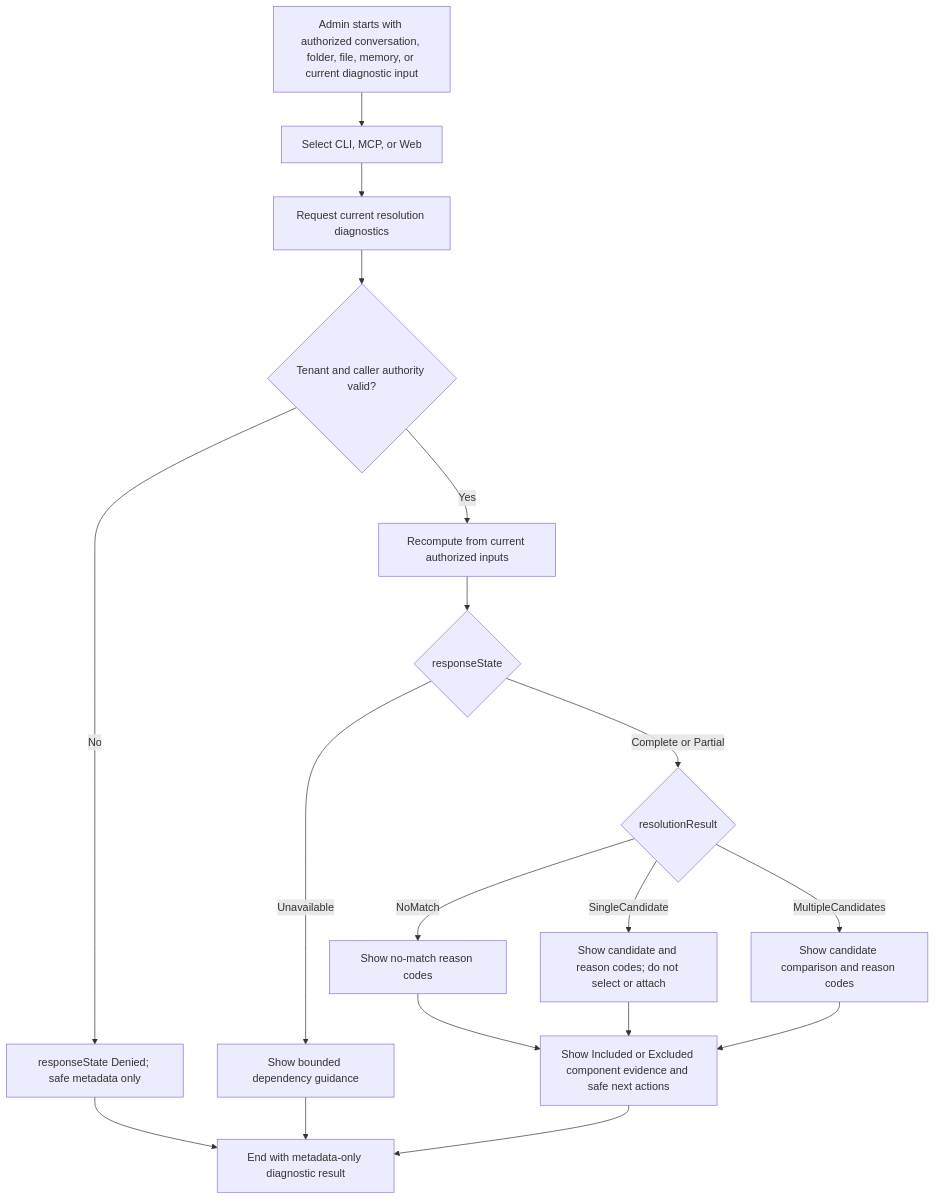
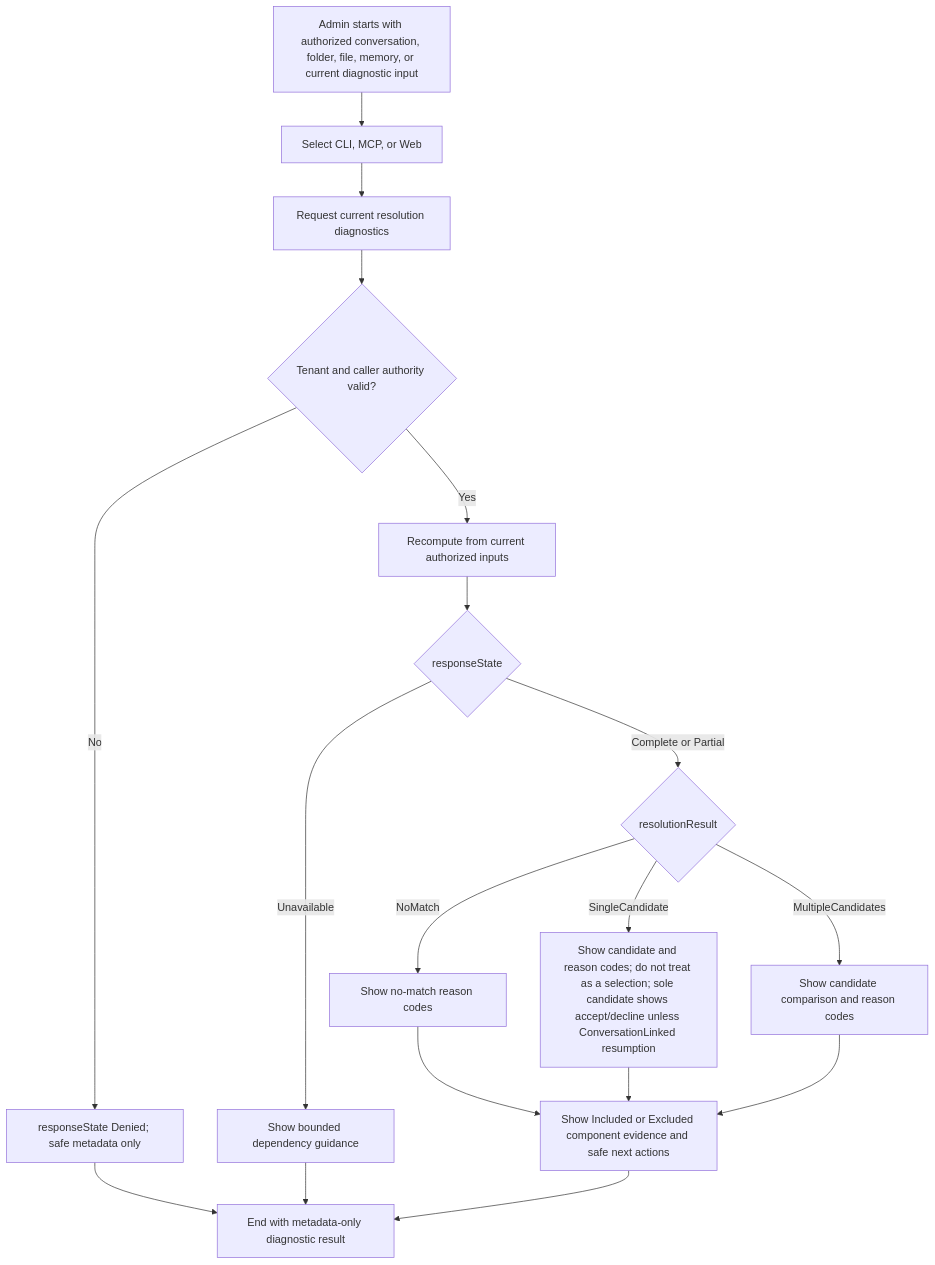
One commit to Hexalith/Hexalith.Projects changed the first of 3 diagrams in _bmad-output/planning-artifacts/ux-design-specification.md. Above: the diagram before and after it, drawn with Mermaid. The commit also changed other lines of this file and 8 other files, not shown here.

````diff
--- a/_bmad-output/planning-artifacts/ux-design-specification.md
+++ b/_bmad-output/planning-artifacts/ux-design-specification.md
@@ -591,20 +591,20 @@
 ```mermaid
 flowchart TD
     A[Admin starts with authorized conversation, folder, file, memory, or current diagnostic input] --> B[Select CLI, MCP, or Web]
     B --> C[Request current resolution diagnostics]
     C --> D{Tenant and caller authority valid?}
     D -- No --> E[responseState Denied; safe metadata only]
     D -- Yes --> F[Recompute from current authorized inputs]
     F --> G{responseState}
     G -- Unavailable --> H[Show bounded dependency guidance]
     G -- Complete or Partial --> I{resolutionResult}
     I -- NoMatch --> J[Show no-match reason codes]
-    I -- SingleCandidate --> K[Show candidate and reason codes; do not select or attach]
+    I -- SingleCandidate --> K[Show candidate and reason codes; do not treat as a selection; sole candidate shows accept/decline unless ConversationLinked resumption]
     I -- MultipleCandidates --> L[Show candidate comparison and reason codes]
     J --> M[Show Included or Excluded component evidence and safe next actions]
     K --> M
     L --> M
     E --> N[End with metadata-only diagnostic result]
     H --> N
     M --> N
 ```
````
